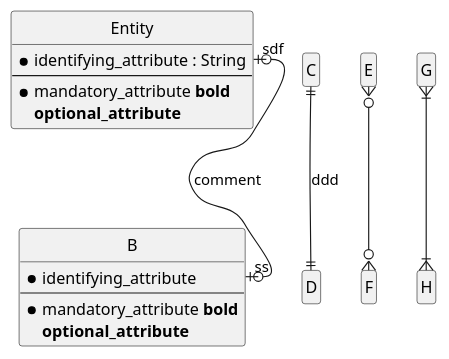
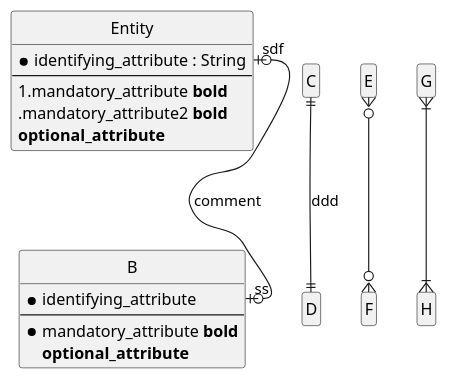
The diagram in model/er.puml (catkeeper1/msdemo-adminservice), drawn with PlantUML before and after one commit. The commit also changed 11 other files, not shown here.

```diff
--- a/model/er.puml
+++ b/model/er.puml
@@ -1,31 +1,32 @@
 @startuml
 
 hide circle
 hide empty members
 
 entity Entity {
-   * identifying_attribute : String
+   *identifying_attribute : String
    --
-   * mandatory_attribute **bold**
+   1.mandatory_attribute **bold**
+   .mandatory_attribute2 **bold**
    **optional_attribute**
 }
 
 
 entity B {
    * identifying_attribute
    --
    * mandatory_attribute **bold**
    **optional_attribute**
 }
 
 ' zero or one
 Entity::identifying_attribute "sdf" |o--o| "ss" B::identifying_attribute:comment
 
 
 ' exactly one
 C ||--|| D:ddd
 
 E }o--o{ F
 G }|--|{ H
 
 @enduml
```
